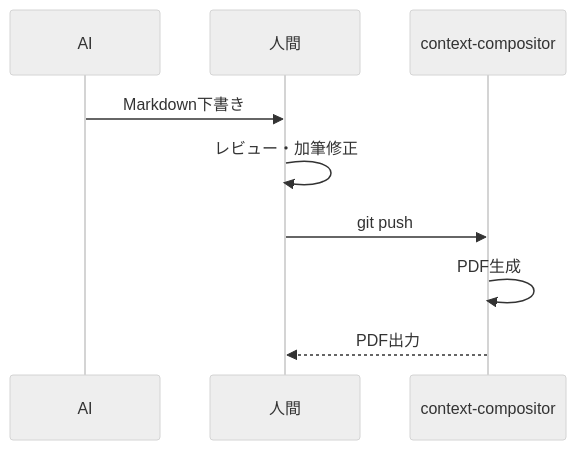
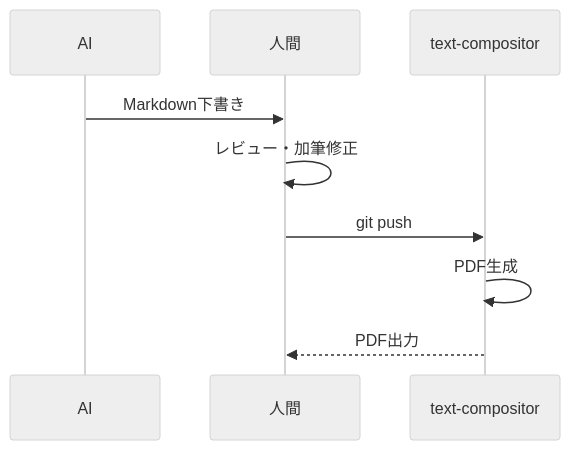
The diagram in sample/05_workflow.mmd (tokudiro/context-compositor), drawn with Mermaid (neutral theme) before and after one commit. The commit also changed 32 other files, not shown here.

```diff
--- a/sample/05_workflow.mmd
+++ b/sample/05_workflow.mmd
@@ -1,9 +1,9 @@
 sequenceDiagram
   participant AI
   participant Human as 人間
-  participant Tool as context-compositor
+  participant Tool as text-compositor
   AI->>Human: Markdown下書き
   Human->>Human: レビュー・加筆修正
   Human->>Tool: git push
   Tool->>Tool: PDF生成
   Tool-->>Human: PDF出力
```
